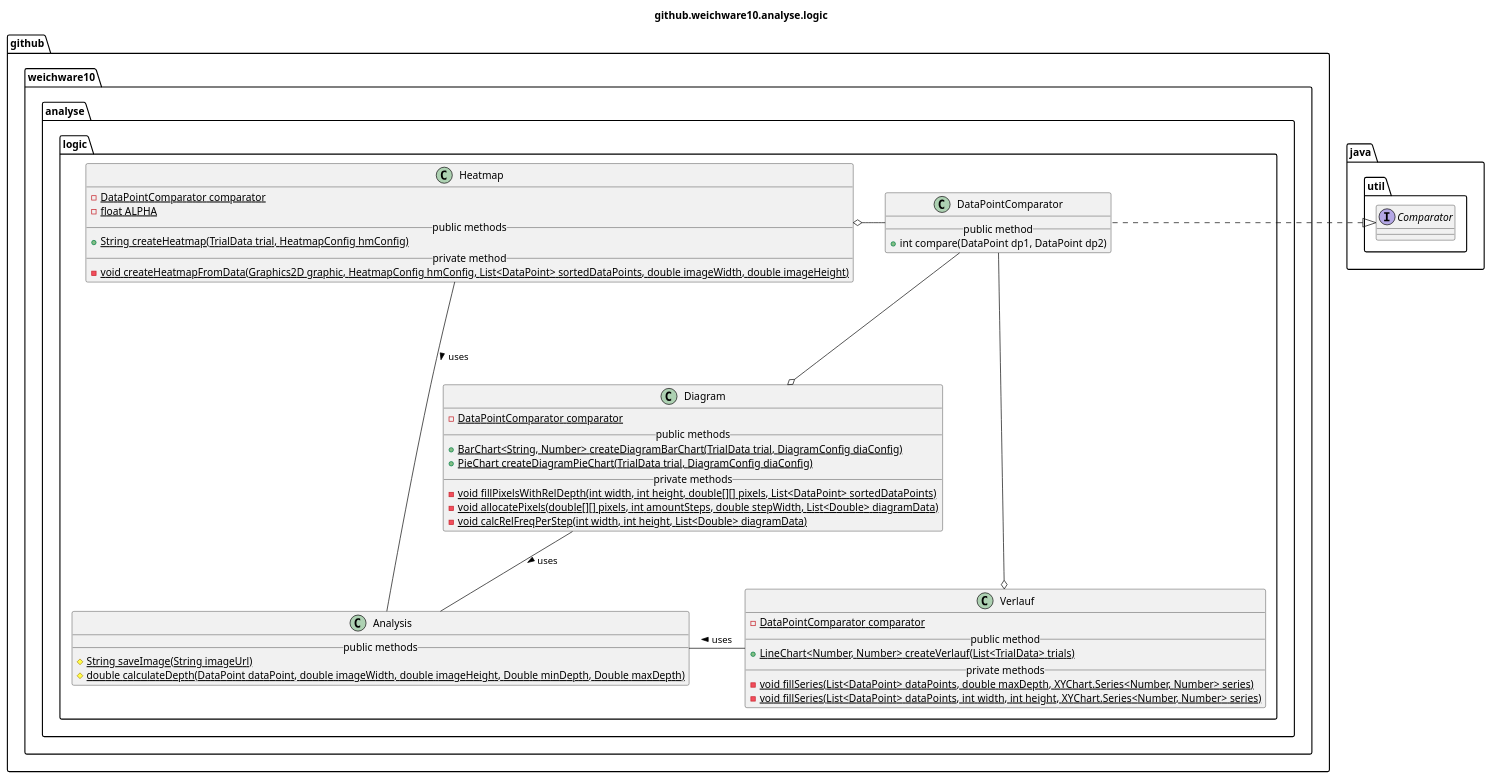
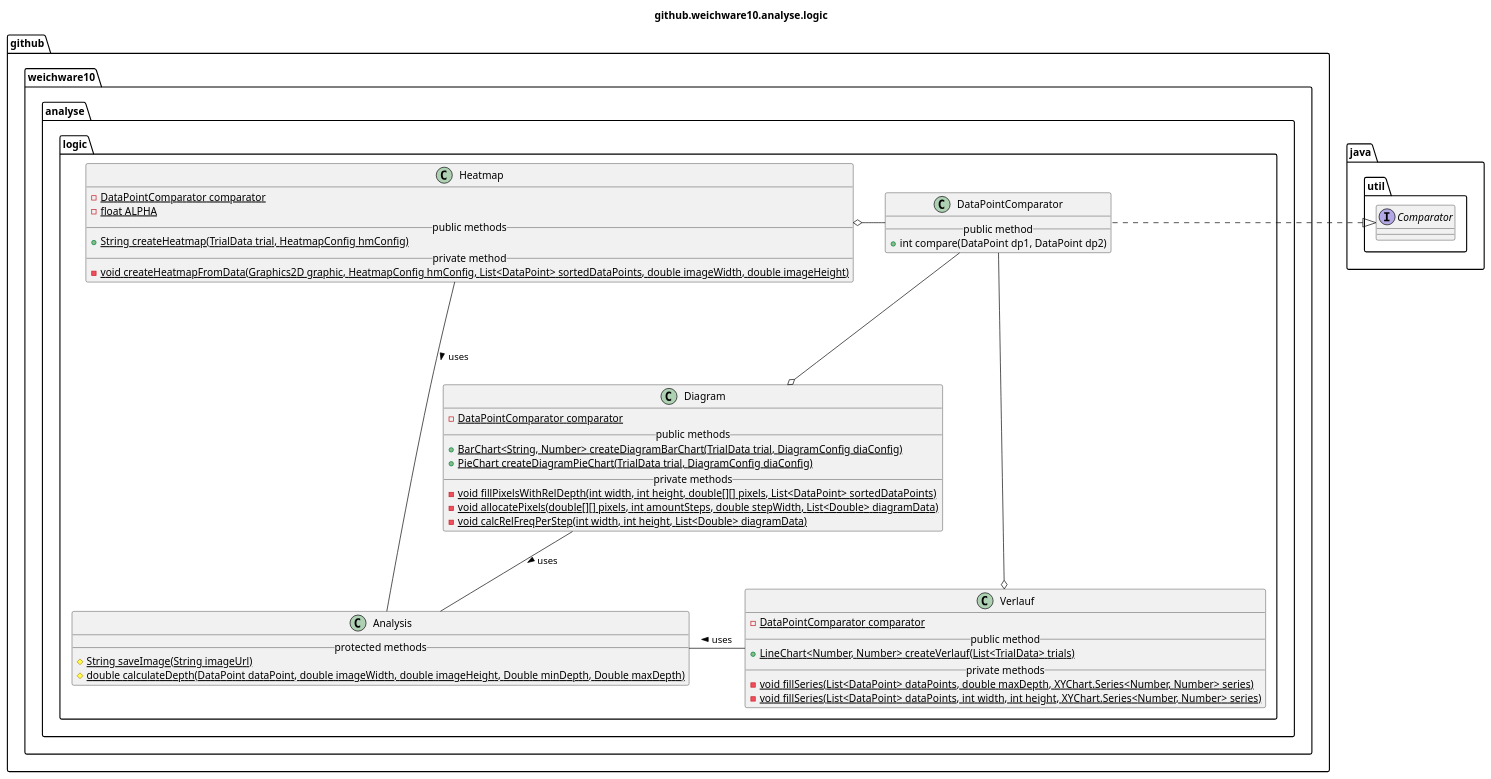
The diagram in uml-class/analyse/logic/github.weichware10.analyse.logic.puml (weichware-10/dokumente), drawn with PlantUML before and after one commit.

Commit message:
[fix] analyse.logic visibility change

```diff
--- a/uml-class/analyse/logic/github.weichware10.analyse.logic.puml
+++ b/uml-class/analyse/logic/github.weichware10.analyse.logic.puml
@@ -1,58 +1,58 @@
 @startuml github.weichware10.analyse.logic
 title github.weichware10.analyse.logic
 
 package github.weichware10.analyse.logic {
 
     class github.weichware10.analyse.logic.Analysis {
-        __public methods__
+        __protected methods__
         {static}# String saveImage(String imageUrl)
         {static}# double calculateDepth(DataPoint dataPoint, double imageWidth, double imageHeight, Double minDepth, Double maxDepth)
     }
 
     class github.weichware10.analyse.logic.DataPointComparator {
         __public method__
         + int compare(DataPoint dp1, DataPoint dp2)
     }
 
     class github.weichware10.analyse.logic.Diagram {
         {static}- DataPointComparator comparator
         __public methods__
         {static}+ BarChart<String, Number> createDiagramBarChart(TrialData trial, DiagramConfig diaConfig)
         {static}+ PieChart createDiagramPieChart(TrialData trial, DiagramConfig diaConfig)
         __private methods__
         {static}- void fillPixelsWithRelDepth(int width, int height, double[][] pixels, List<DataPoint> sortedDataPoints)
         {static}- void allocatePixels(double[][] pixels, int amountSteps, double stepWidth, List<Double> diagramData)
         {static}- void calcRelFreqPerStep(int width, int height, List<Double> diagramData)
     }
 
     class github.weichware10.analyse.logic.Heatmap {
         {static}- DataPointComparator comparator
         {static}- float ALPHA
         __public methods__
         {static}+ String createHeatmap(TrialData trial, HeatmapConfig hmConfig)
         __private method__
         {static}- void createHeatmapFromData(Graphics2D graphic, HeatmapConfig hmConfig, List<DataPoint> sortedDataPoints, double imageWidth, double imageHeight)
     }
 
     class github.weichware10.analyse.logic.Verlauf {
         {static}- DataPointComparator comparator
         __public method__
         {static}+ LineChart<Number, Number> createVerlauf(List<TrialData> trials)
         __private methods__
         {static}- void fillSeries(List<DataPoint> dataPoints, double maxDepth, XYChart.Series<Number, Number> series)
         {static}- void fillSeries(List<DataPoint> dataPoints, int width, int height, XYChart.Series<Number, Number> series)
     }
 
 }
 
 github.weichware10.analyse.logic.Diagram o-u-- github.weichware10.analyse.logic.DataPointComparator
 github.weichware10.analyse.logic.Heatmap o-r-- github.weichware10.analyse.logic.DataPointComparator
 github.weichware10.analyse.logic.Verlauf o-d-- github.weichware10.analyse.logic.DataPointComparator
 github.weichware10.analyse.logic.Diagram -d- github.weichware10.analyse.logic.Analysis : > uses
 github.weichware10.analyse.logic.Heatmap -l- github.weichware10.analyse.logic.Analysis : > uses
 github.weichware10.analyse.logic.Verlauf -l- github.weichware10.analyse.logic.Analysis : > uses
 
 interface java.util.Comparator
 java.util.Comparator <|.r. github.weichware10.analyse.logic.DataPointComparator
 
 @enduml
```
